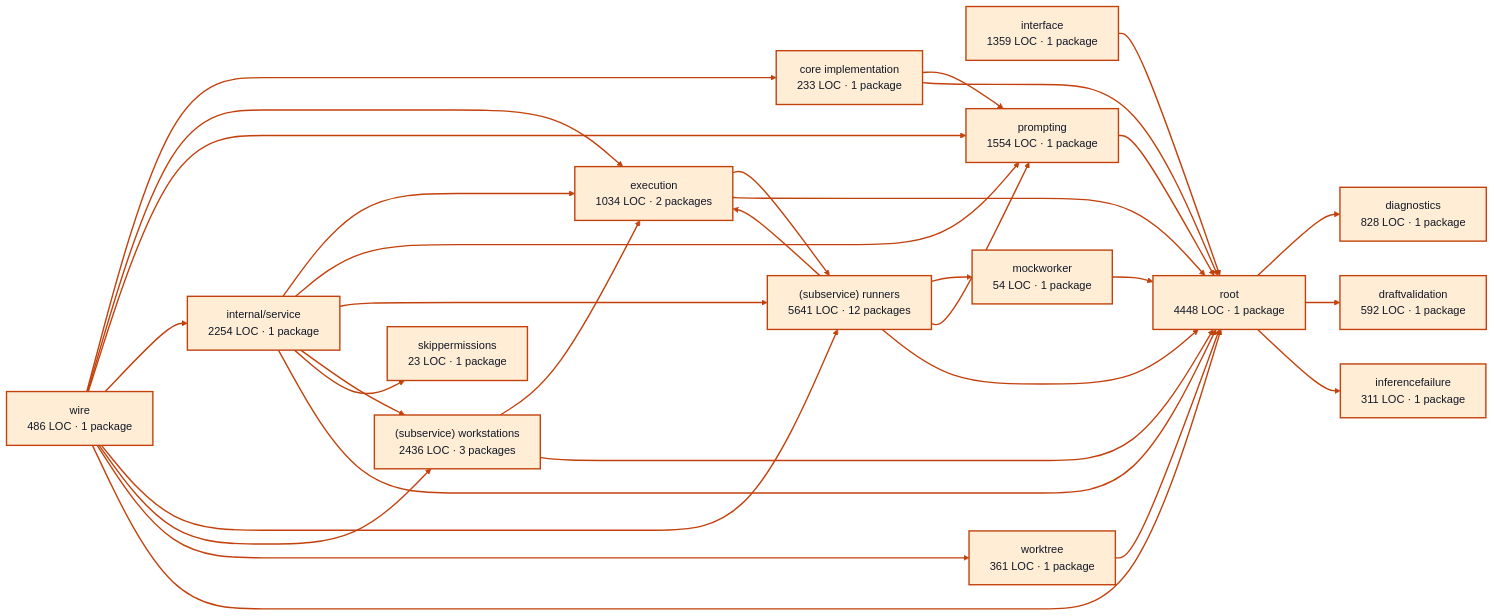
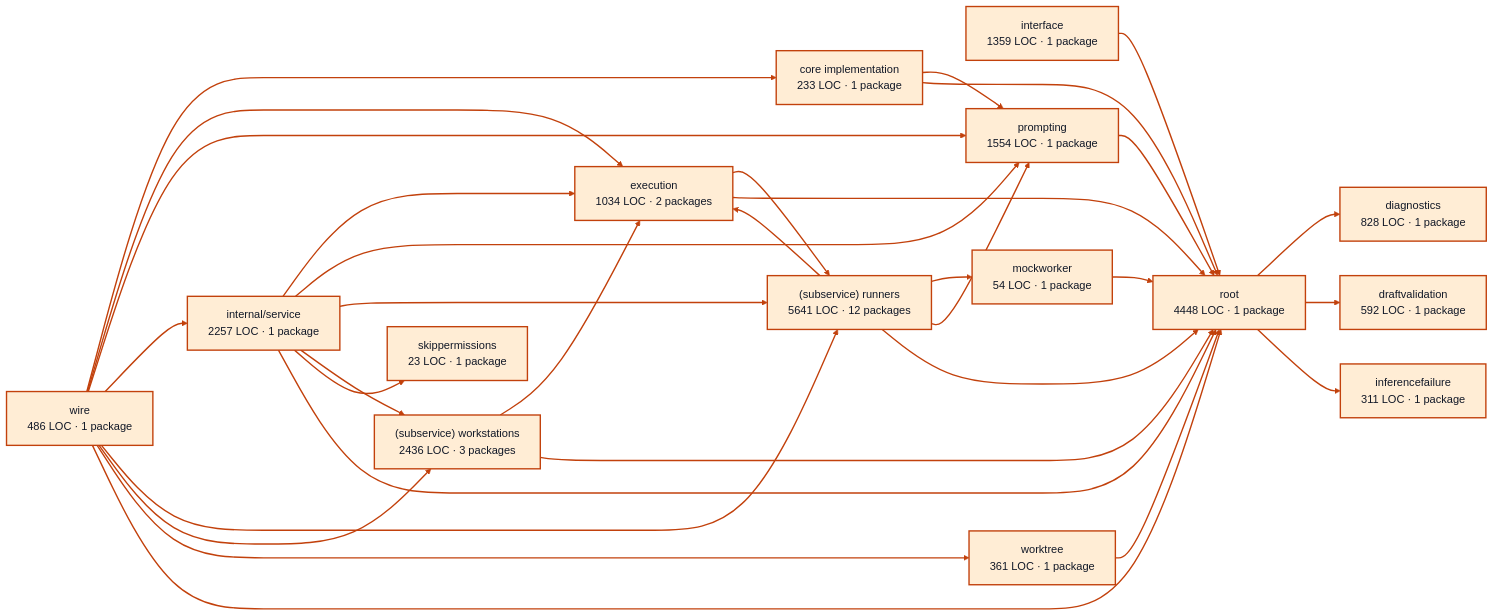
One commit to portpowered/you-agent-factory changed the diagram in docs/architecture/visualizations/services/workers.md. Above: the diagram before and after it, drawn with Mermaid. The commit also changed other lines of this file and 20 other files, not shown here.

Commit message:
docs: refresh backend architecture visualizations

````diff
--- a/docs/architecture/visualizations/services/workers.md
+++ b/docs/architecture/visualizations/services/workers.md
@@ -11,65 +11,65 @@
 ```mermaid
 flowchart LR
   p0["core implementation<br/>233 LOC · 1 package"]
   p1["diagnostics<br/>828 LOC · 1 package"]
   p2["draftvalidation<br/>592 LOC · 1 package"]
   p3["execution<br/>1034 LOC · 2 packages"]
   p4["inferencefailure<br/>311 LOC · 1 package"]
   p5["interface<br/>1359 LOC · 1 package"]
   p6["mockworker<br/>54 LOC · 1 package"]
   p7["prompting<br/>1554 LOC · 1 package"]
-  p8["internal/service<br/>2254 LOC · 1 package"]
+  p8["internal/service<br/>2257 LOC · 1 package"]
   p9["(subservice) runners<br/>5641 LOC · 12 packages"]
   p10["(subservice) workstations<br/>2436 LOC · 3 packages"]
   p11["skippermissions<br/>23 LOC · 1 package"]
   p12["worktree<br/>361 LOC · 1 package"]
   p13["root<br/>4448 LOC · 1 package"]
   p14["wire<br/>486 LOC · 1 package"]
   p0 --> p7
   p0 --> p13
   p3 --> p9
   p3 --> p13
   p5 --> p13
   p6 --> p13
   p7 --> p13
   p8 --> p3
   p8 --> p7
   p8 --> p9
   p8 --> p10
   p8 --> p11
   p8 --> p13
   p9 --> p3
   p9 --> p6
   p9 --> p7
   p9 --> p13
   p10 --> p3
   p10 --> p13
   p12 --> p13
   p13 --> p1
   p13 --> p2
   p13 --> p4
   p14 --> p0
   p14 --> p3
   p14 --> p7
   p14 --> p8
   p14 --> p9
   p14 --> p10
   p14 --> p12
   p14 --> p13
   style p0 fill:#ffedd5,stroke:#c2410c,stroke-width:2px,color:#111827
   style p1 fill:#ffedd5,stroke:#c2410c,stroke-width:2px,color:#111827
   style p2 fill:#ffedd5,stroke:#c2410c,stroke-width:2px,color:#111827
   style p3 fill:#ffedd5,stroke:#c2410c,stroke-width:2px,color:#111827
   style p4 fill:#ffedd5,stroke:#c2410c,stroke-width:2px,color:#111827
   style p5 fill:#ffedd5,stroke:#c2410c,stroke-width:2px,color:#111827
   style p6 fill:#ffedd5,stroke:#c2410c,stroke-width:2px,color:#111827
   style p7 fill:#ffedd5,stroke:#c2410c,stroke-width:2px,color:#111827
   style p8 fill:#ffedd5,stroke:#c2410c,stroke-width:2px,color:#111827
   style p9 fill:#ffedd5,stroke:#c2410c,stroke-width:2px,color:#111827
   style p10 fill:#ffedd5,stroke:#c2410c,stroke-width:2px,color:#111827
   style p11 fill:#ffedd5,stroke:#c2410c,stroke-width:2px,color:#111827
   style p12 fill:#ffedd5,stroke:#c2410c,stroke-width:2px,color:#111827
   style p13 fill:#ffedd5,stroke:#c2410c,stroke-width:2px,color:#111827
   style p14 fill:#ffedd5,stroke:#c2410c,stroke-width:2px,color:#111827
   linkStyle default stroke:#c2410c,stroke-width:2px
 ```
````
